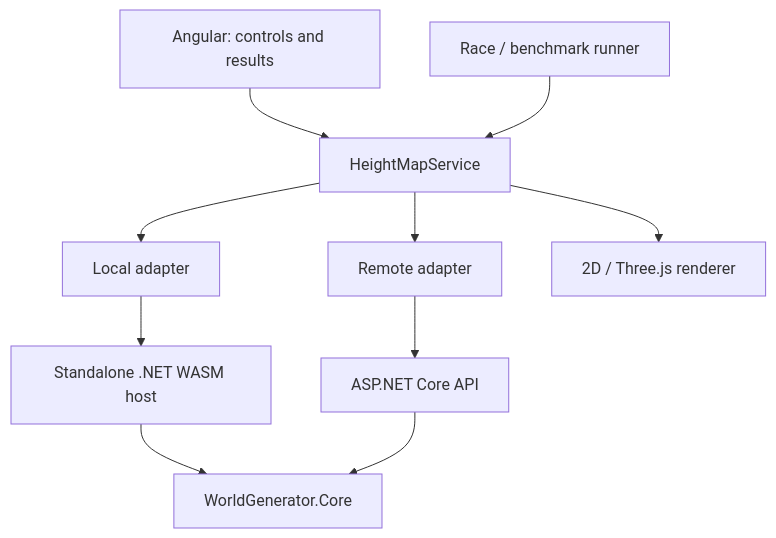
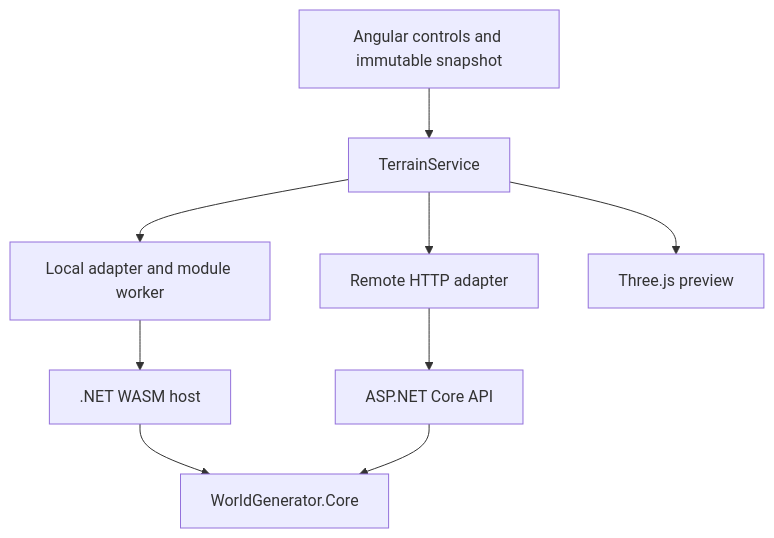
The diagram in docs/ARCHITECTURE.md (RaSlabsaDv/procedural-world-generator), drawn with Mermaid before and after one commit. The commit also changed other lines of this file and 61 other files, not shown here.

````diff
--- a/docs/ARCHITECTURE.md
+++ b/docs/ARCHITECTURE.md
@@ -9,12 +7,11 @@
 ```mermaid
 flowchart TD
-    UI[Angular: controls and results] --> G[HeightMapService]
-    R[Race / benchmark runner] --> G
-    G --> L[Local adapter]
-    G --> H[Remote adapter]
-    L --> W[Standalone .NET WASM host]
-    H --> A[ASP.NET Core API]
+    UI[Angular controls and immutable snapshot] --> S[TerrainService]
+    S --> L[Local adapter and module worker]
+    S --> R[Remote HTTP adapter]
+    L --> W[.NET WASM host]
+    R --> A[ASP.NET Core API]
     W --> C[WorldGenerator.Core]
     A --> C
-    G --> V[2D / Three.js renderer]
+    S --> V[Three.js preview]
 ```
````
